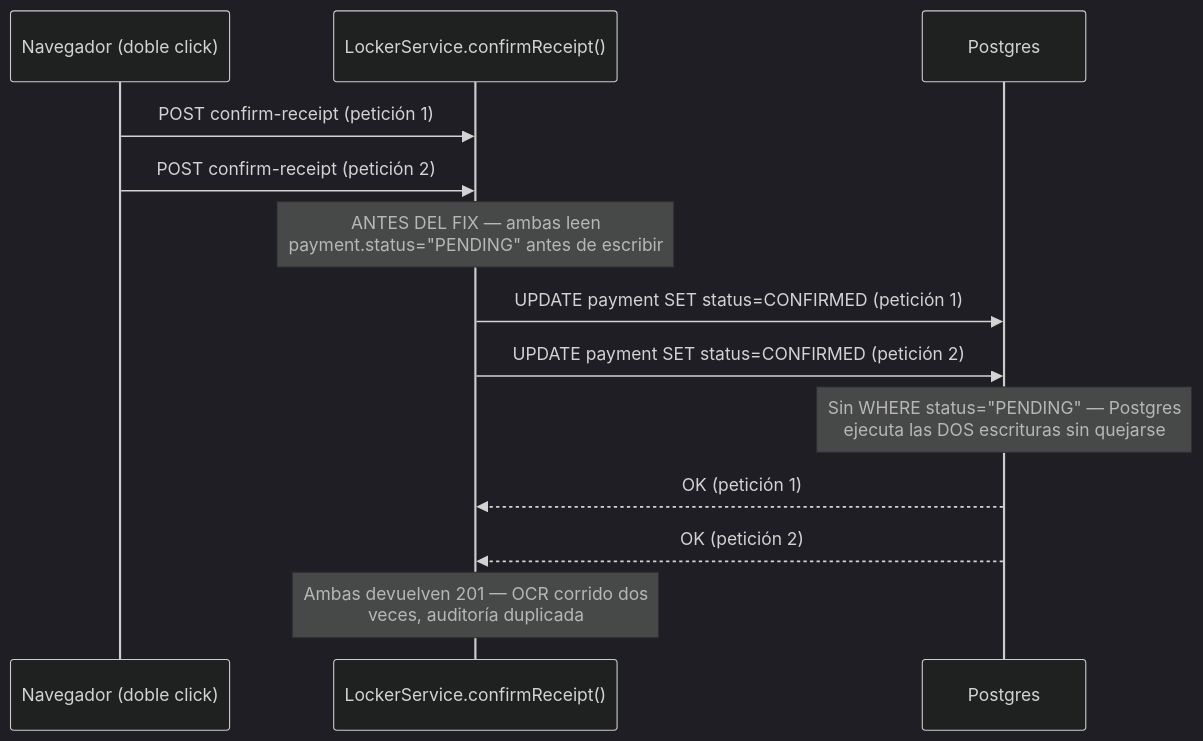
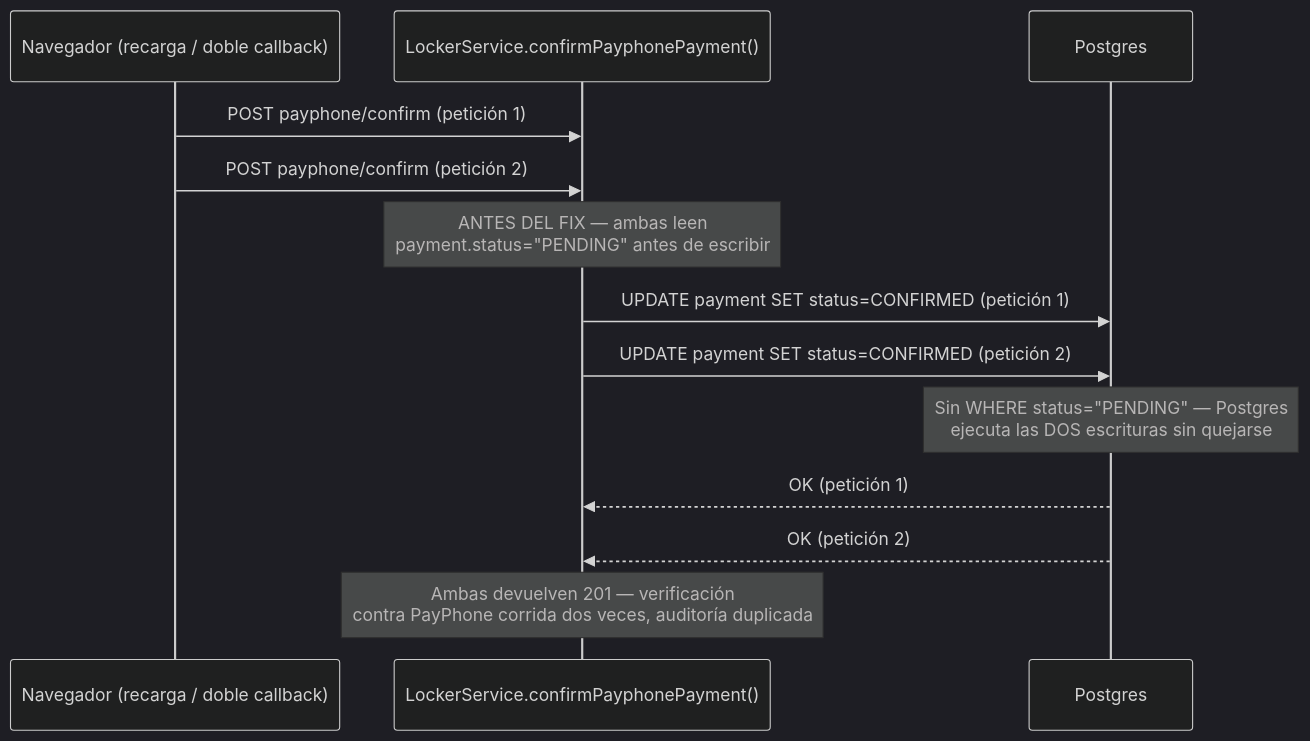
The second of 4 diagrams in docs/dominio/12-concurrencia-y-testing.md (marcado993/concepto), drawn with Mermaid (dark theme) before and after one commit. The commit also changed other lines of this file and 28 other files, not shown here.

First line of the commit message:
feat!: PayPhone único método de pago — retira transferencia + comprobante por OCR

````diff
--- a/docs/dominio/12-concurrencia-y-testing.md
+++ b/docs/dominio/12-concurrencia-y-testing.md
@@ -49,16 +56,16 @@
 ```mermaid
 sequenceDiagram
-    participant Nav as Navegador (doble click)
-    participant API as LockerService.confirmReceipt()
+    participant Nav as Navegador (recarga / doble callback)
+    participant API as LockerService.confirmPayphonePayment()
     participant DB as Postgres
 
-    Nav->>API: POST confirm-receipt (petición 1)
-    Nav->>API: POST confirm-receipt (petición 2)
+    Nav->>API: POST payphone/confirm (petición 1)
+    Nav->>API: POST payphone/confirm (petición 2)
     Note over API: ANTES DEL FIX — ambas leen<br/>payment.status="PENDING" antes de escribir
     API->>DB: UPDATE payment SET status=CONFIRMED (petición 1)
     API->>DB: UPDATE payment SET status=CONFIRMED (petición 2)
     Note over DB: Sin WHERE status="PENDING" — Postgres<br/>ejecuta las DOS escrituras sin quejarse
     DB-->>API: OK (petición 1)
     DB-->>API: OK (petición 2)
-    Note over API: Ambas devuelven 201 — OCR corrido dos<br/>veces, auditoría duplicada
+    Note over API: Ambas devuelven 201 — verificación<br/>contra PayPhone corrida dos veces, auditoría duplicada
 ```
````
